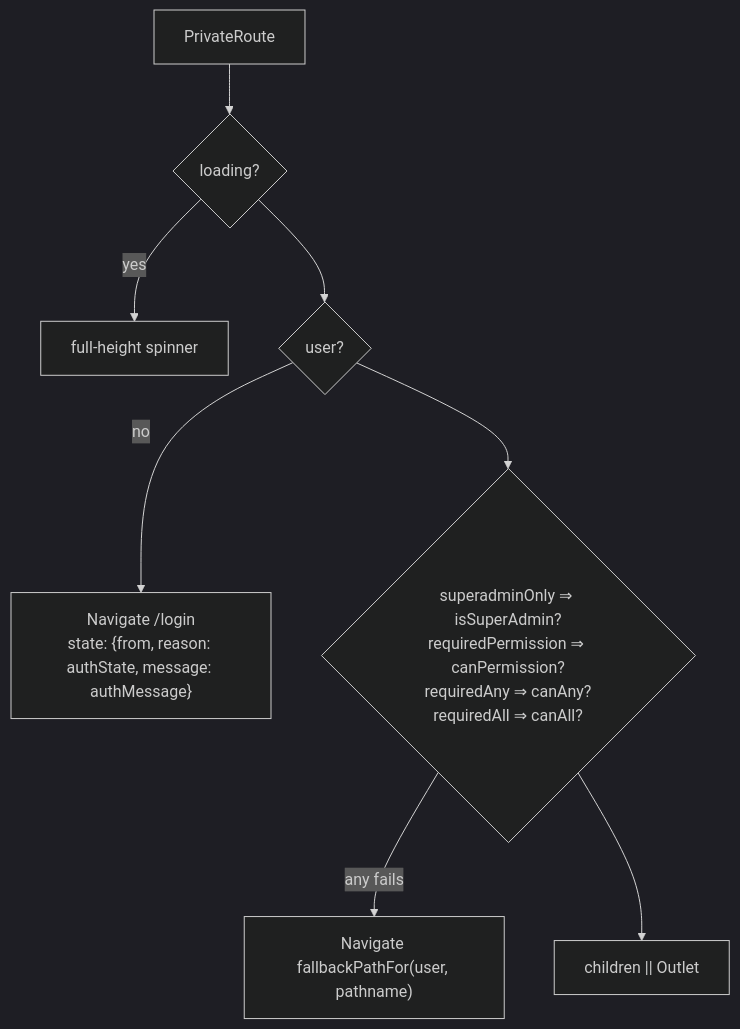
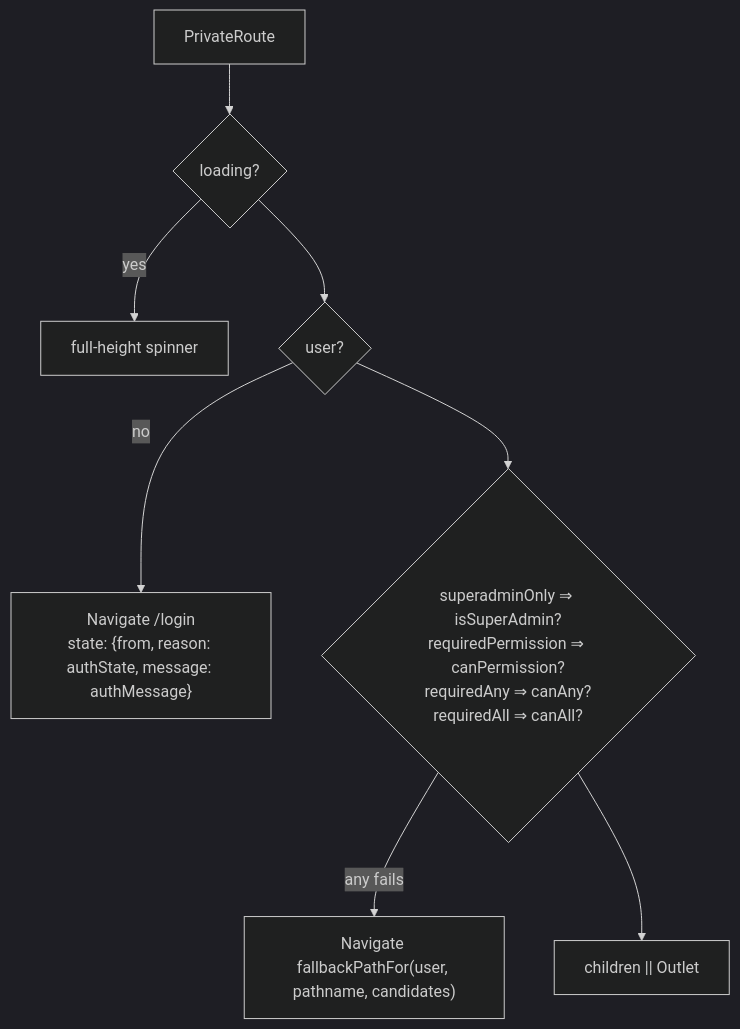
The second of 3 diagrams in docs/FRONTEND_ARCHITECTURE.md (pankajkumar2498/CCure-PRO), drawn with Mermaid (dark theme) before and after one commit. The commit also changed other lines of this file and 11 other files, not shown here.

````diff
--- a/docs/FRONTEND_ARCHITECTURE.md
+++ b/docs/FRONTEND_ARCHITECTURE.md
@@ -204,10 +300,10 @@
 ```mermaid
 flowchart TD
     A["PrivateRoute"] --> B{"loading?"}
     B -->|"yes"| S["full-height spinner"]
     B --> C{"user?"}
     C -->|"no"| L["Navigate /login<br/>state: {from, reason: authState, message: authMessage}"]
     C --> D{"superadminOnly ⇒ isSuperAdmin?<br/>requiredPermission ⇒ canPermission?<br/>requiredAny ⇒ canAny?<br/>requiredAll ⇒ canAll?"}
-    D -->|"any fails"| F["Navigate fallbackPathFor(user, pathname)"]
+    D -->|"any fails"| F["Navigate fallbackPathFor(user, pathname, candidates)"]
     D --> O["children || Outlet"]
 ```
````
